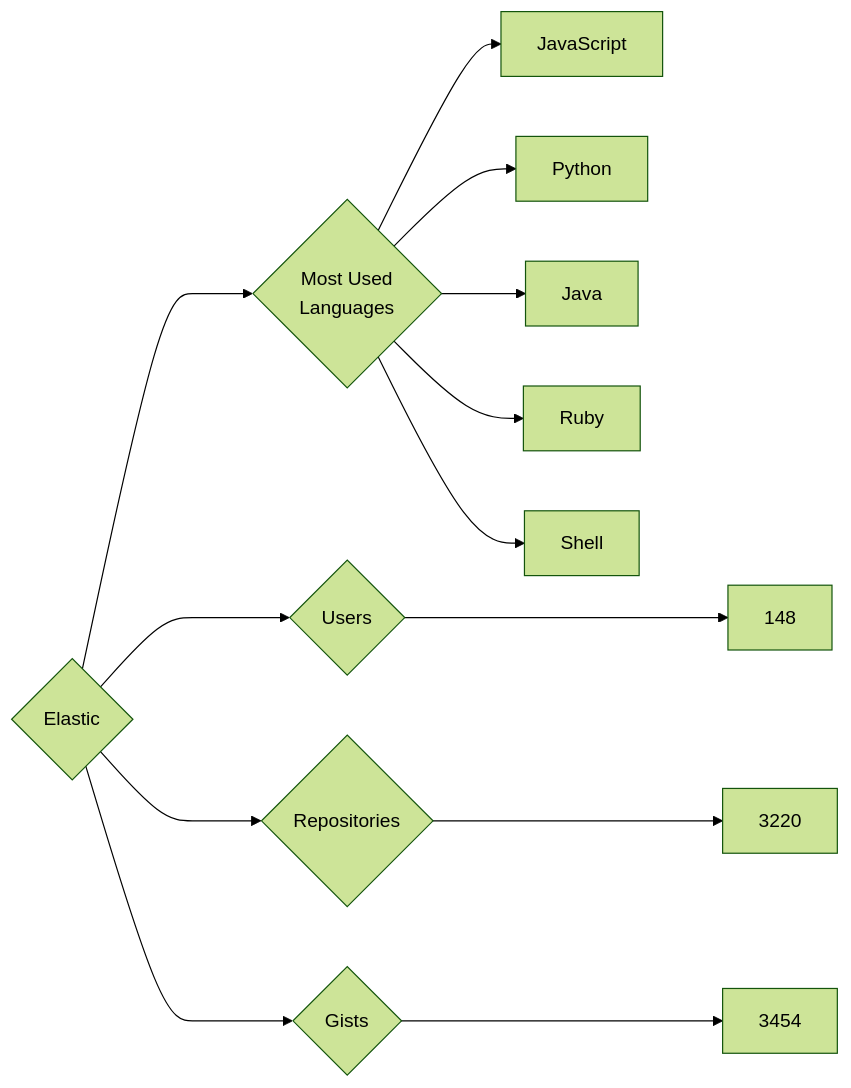
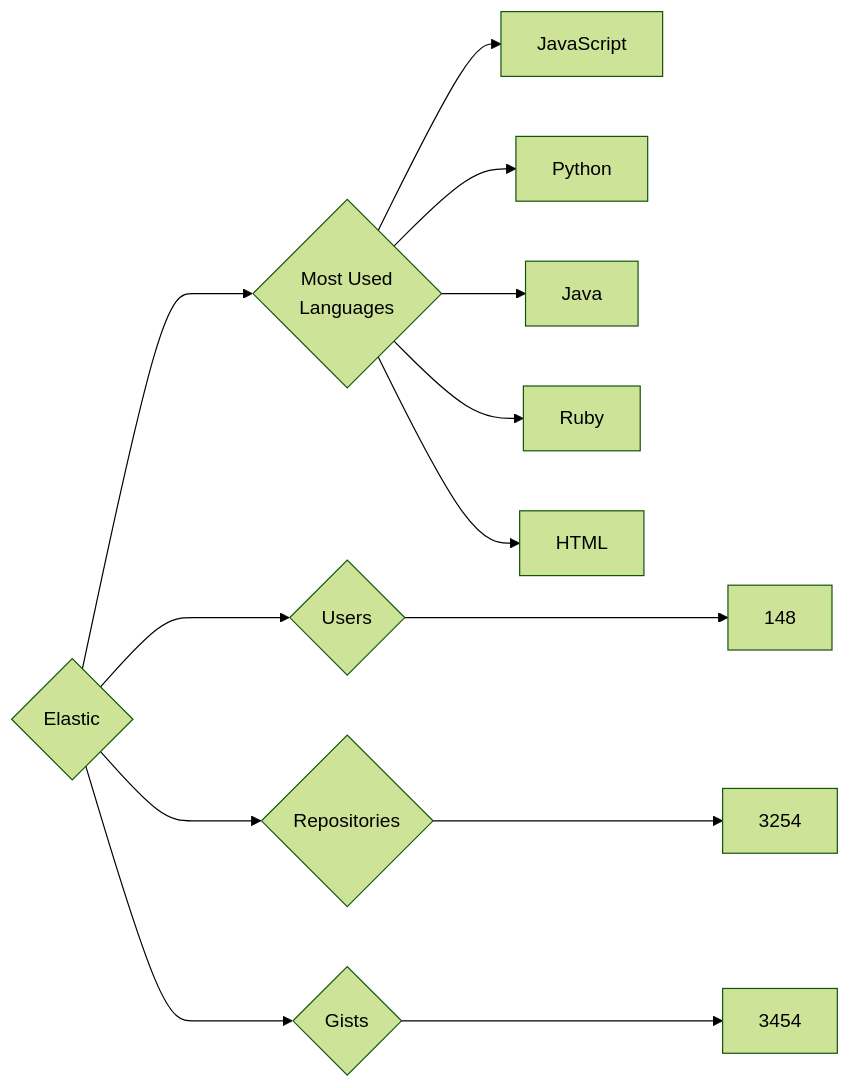
One commit to trickest/insiders changed the diagram in targets/Elastic/README.md. Above: the diagram before and after it, drawn with Mermaid (forest theme). The commit also changed 1020 other files, not shown here.

````diff
--- a/targets/Elastic/README.md
+++ b/targets/Elastic/README.md
@@ -3,13 +3,13 @@
 ```mermaid
 graph LR
 COMPANY_NAME{Elastic}
 COMPANY_NAME ---> U{Users} ---> UN[148]
-COMPANY_NAME ---> R{Repositories} ---> RN[3220]
+COMPANY_NAME ---> R{Repositories} ---> RN[3254]
 COMPANY_NAME ---> G{Gists} ---> GN[3454]
 COMPANY_NAME ---> ML{Most Used<br>Languages}
 ML --> JavaScript[JavaScript]
 ML --> Python[Python]
 ML --> Java[Java]
 ML --> Ruby[Ruby]
-ML --> Shell[Shell]
+ML --> HTML[HTML]
 ```
````
